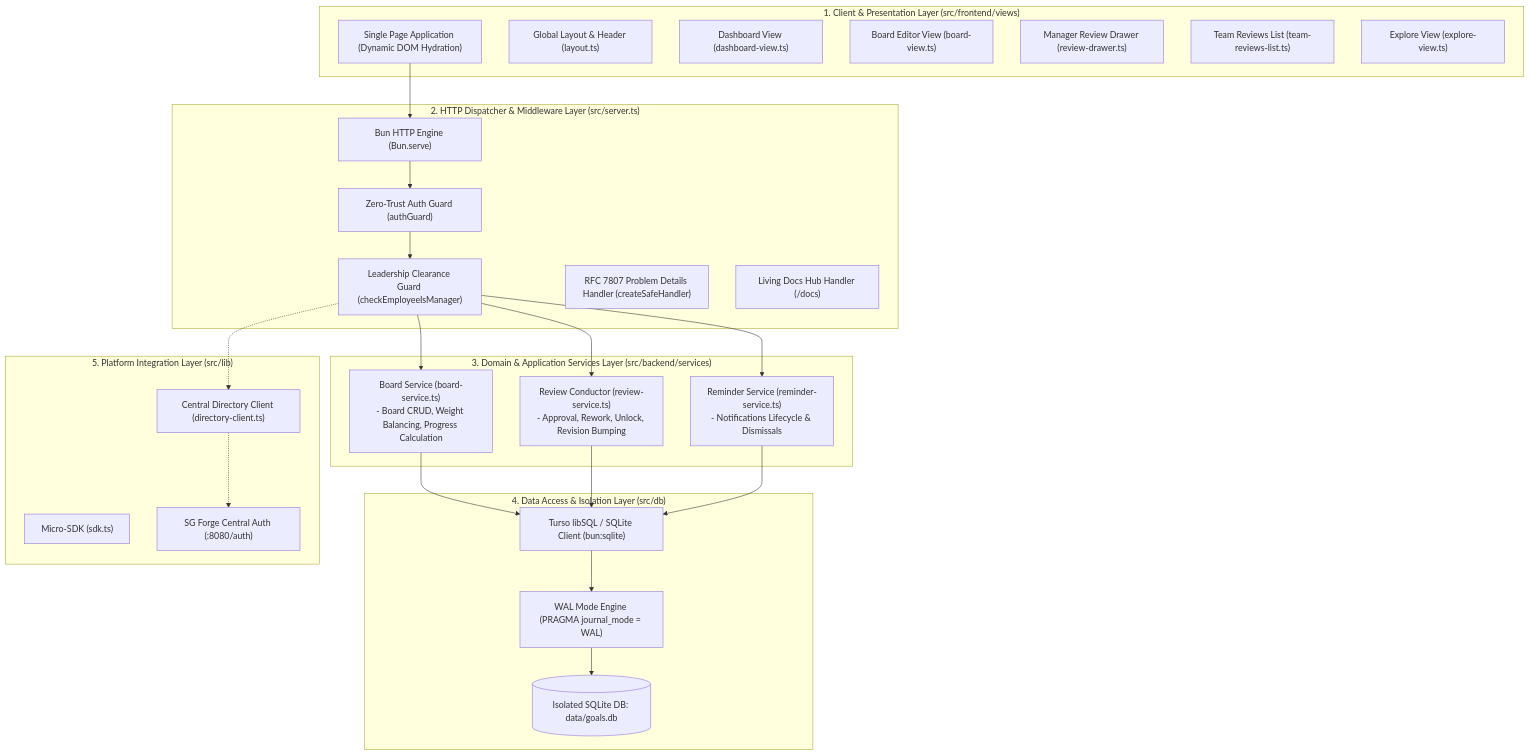
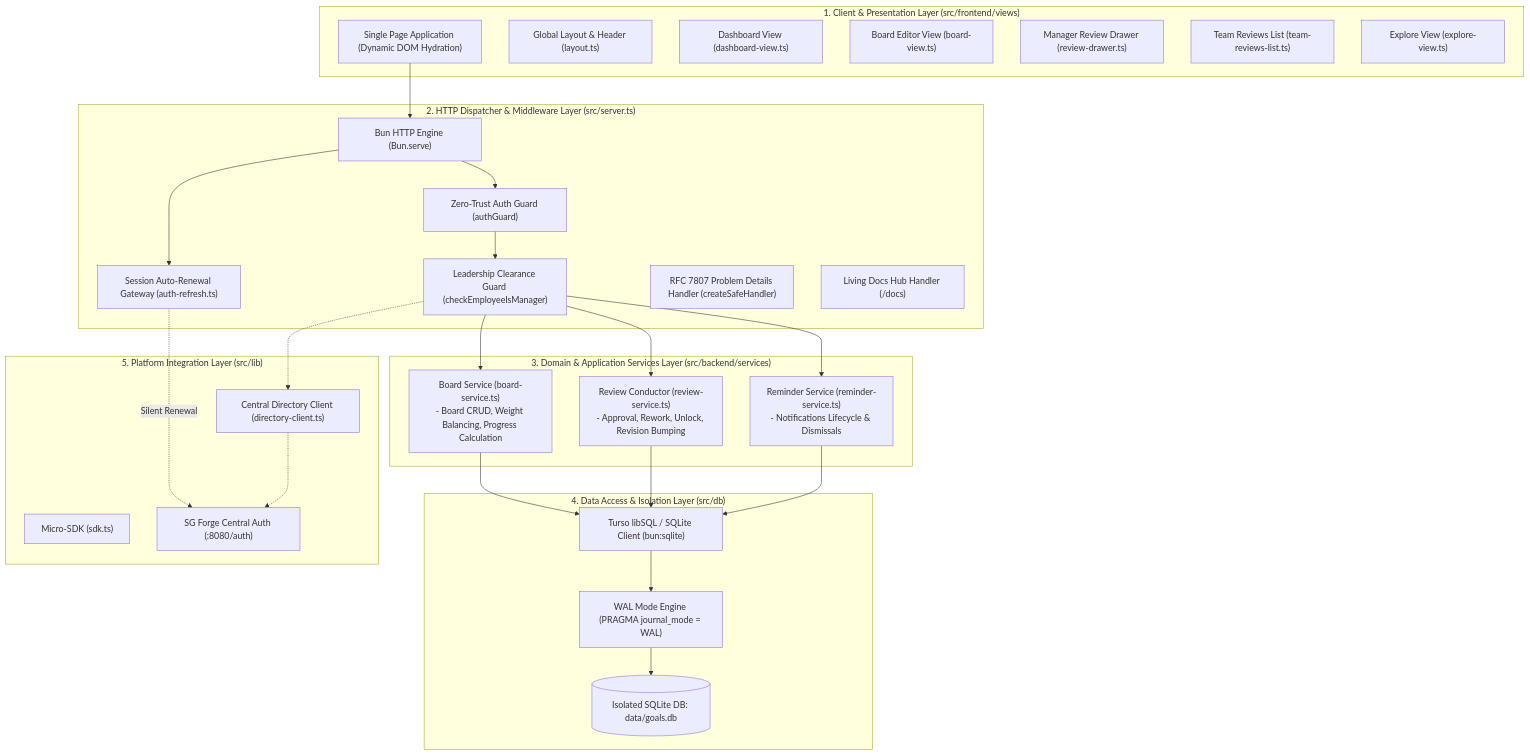
Before and after one commit to sanket-ghodake/sgforge_goals: the diagram in docs/architecture/system-architecture.md, drawn with Mermaid. The commit also changed other lines of this file and 45 other files, not shown here.

First line of the commit message:
feat(auth): integrate silent session renewal, sliding activity heartbeat, and board refactoring

````diff
--- a/docs/architecture/system-architecture.md
+++ b/docs/architecture/system-architecture.md
@@ -11,52 +11,55 @@
 ```mermaid
 graph TD
     subgraph Layer1 ["1. Client & Presentation Layer (src/frontend/views)"]
         SPA["Single Page Application (Dynamic DOM Hydration)"]
         LayoutView["Global Layout & Header (layout.ts)"]
         DashboardView["Dashboard View (dashboard-view.ts)"]
         BoardEditorView["Board Editor View (board-view.ts)"]
         ReviewDrawerView["Manager Review Drawer (review-drawer.ts)"]
         TeamReviewsView["Team Reviews List (team-reviews-list.ts)"]
         ExploreView["Explore View (explore-view.ts)"]
     end
 
     subgraph Layer2 ["2. HTTP Dispatcher & Middleware Layer (src/server.ts)"]
         Server["Bun HTTP Engine (Bun.serve)"]
+        RefreshGateway["Session Auto-Renewal Gateway (auth-refresh.ts)"]
         AuthMiddleware["Zero-Trust Auth Guard (authGuard)"]
         ClearanceMiddleware["Leadership Clearance Guard (checkEmployeeIsManager)"]
         SafeHandler["RFC 7807 Problem Details Handler (createSafeHandler)"]
         DocsViewer["Living Docs Hub Handler (/docs)"]
     end
 
     subgraph Layer3 ["3. Domain & Application Services Layer (src/backend/services)"]
         BoardService["Board Service (board-service.ts)<br/>- Board CRUD, Weight Balancing, Progress Calculation"]
         ReviewService["Review Conductor (review-service.ts)<br/>- Approval, Rework, Unlock, Revision Bumping"]
         ReminderService["Reminder Service (reminder-service.ts)<br/>- Notifications Lifecycle & Dismissals"]
     end
 
     subgraph Layer4 ["4. Data Access & Isolation Layer (src/db)"]
         DBClient["Turso libSQL / SQLite Client (bun:sqlite)"]
         WALEngine["WAL Mode Engine (PRAGMA journal_mode = WAL)"]
         GoalsDB[("Isolated SQLite DB: data/goals.db")]
     end
 
     subgraph Layer5 ["5. Platform Integration Layer (src/lib)"]
         SDK["Micro-SDK (sdk.ts)"]
         DirClient["Central Directory Client (directory-client.ts)"]
         CentralPlatform["SG Forge Central Auth (:8080/auth)"]
     end
 
     SPA --> Server
+    Server --> RefreshGateway
+    RefreshGateway -.->|"Silent Renewal"| CentralPlatform
     Server --> AuthMiddleware
     AuthMiddleware --> ClearanceMiddleware
     ClearanceMiddleware --> BoardService
     ClearanceMiddleware --> ReviewService
     ClearanceMiddleware --> ReminderService
     BoardService --> DBClient
     ReviewService --> DBClient
     ReminderService --> DBClient
     DBClient --> WALEngine
     WALEngine --> GoalsDB
     ClearanceMiddleware -.-> DirClient
     DirClient -.-> CentralPlatform
 ```
````
